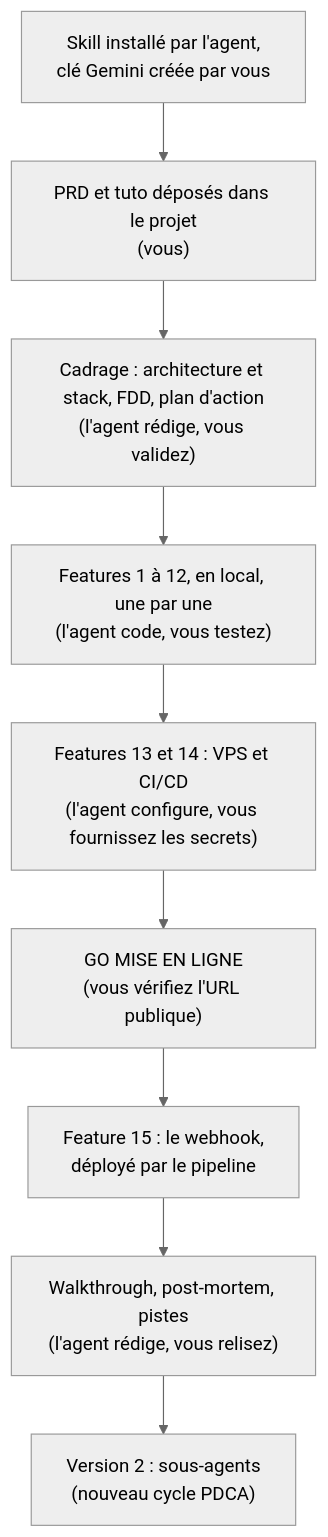
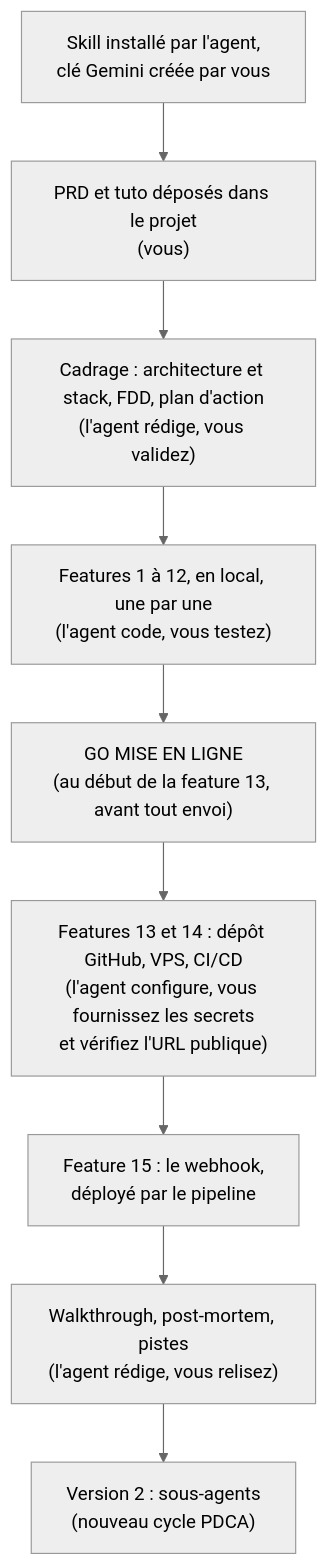
Before and after one commit to lecinquiemejour-code/goodvibe-tuto: the diagram in README.md, drawn with Mermaid (neutral theme). The commit also changed other lines of this file and 1 other file, not shown here.

Commit message:
GO MISE EN LIGNE et dépôt GitHub au début de la fiche 13, deux clés distinctes, fiche 14 recentrée sur le CI/CD

````diff
--- a/README.md
+++ b/README.md
@@ -168,11 +168,11 @@
 ```mermaid
 flowchart TD
     A["Skill installé par l'agent,<br/>clé Gemini créée par vous"] --> B["PRD et tuto déposés dans le projet<br/>(vous)"]
     B --> C["Cadrage : architecture et stack, FDD, plan d'action<br/>(l'agent rédige, vous validez)"]
     C --> D["Features 1 à 12, en local, une par une<br/>(l'agent code, vous testez)"]
-    D --> E["Features 13 et 14 : VPS et CI/CD<br/>(l'agent configure, vous fournissez les secrets)"]
-    E --> F["GO MISE EN LIGNE<br/>(vous vérifiez l'URL publique)"]
-    F --> F2["Feature 15 : le webhook,<br/>déployé par le pipeline"]
+    D --> F["GO MISE EN LIGNE<br/>(au début de la feature 13, avant tout envoi)"]
+    F --> E["Features 13 et 14 : dépôt GitHub, VPS, CI/CD<br/>(l'agent configure, vous fournissez les secrets<br/>et vérifiez l'URL publique)"]
+    E --> F2["Feature 15 : le webhook,<br/>déployé par le pipeline"]
     F2 --> G["Walkthrough, post-mortem, pistes<br/>(l'agent rédige, vous relisez)"]
     G --> H["Version 2 : sous-agents<br/>(nouveau cycle PDCA)"]
 ```
````
